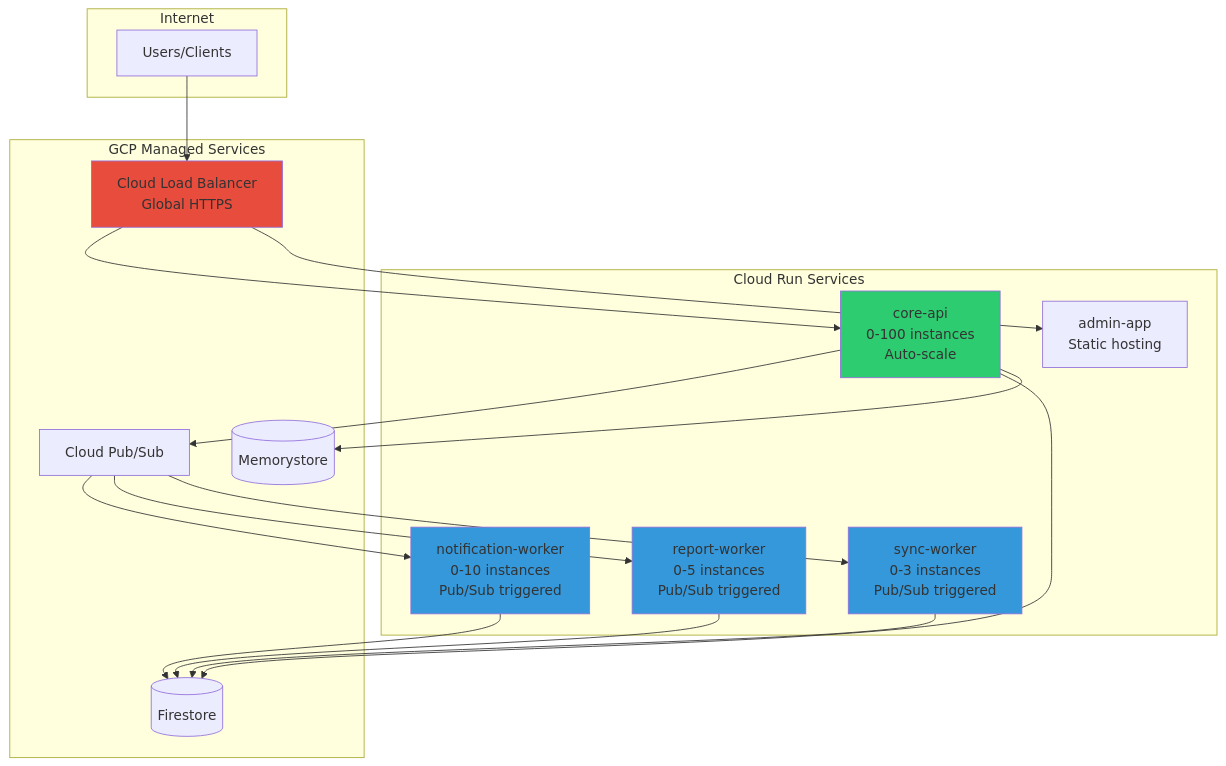
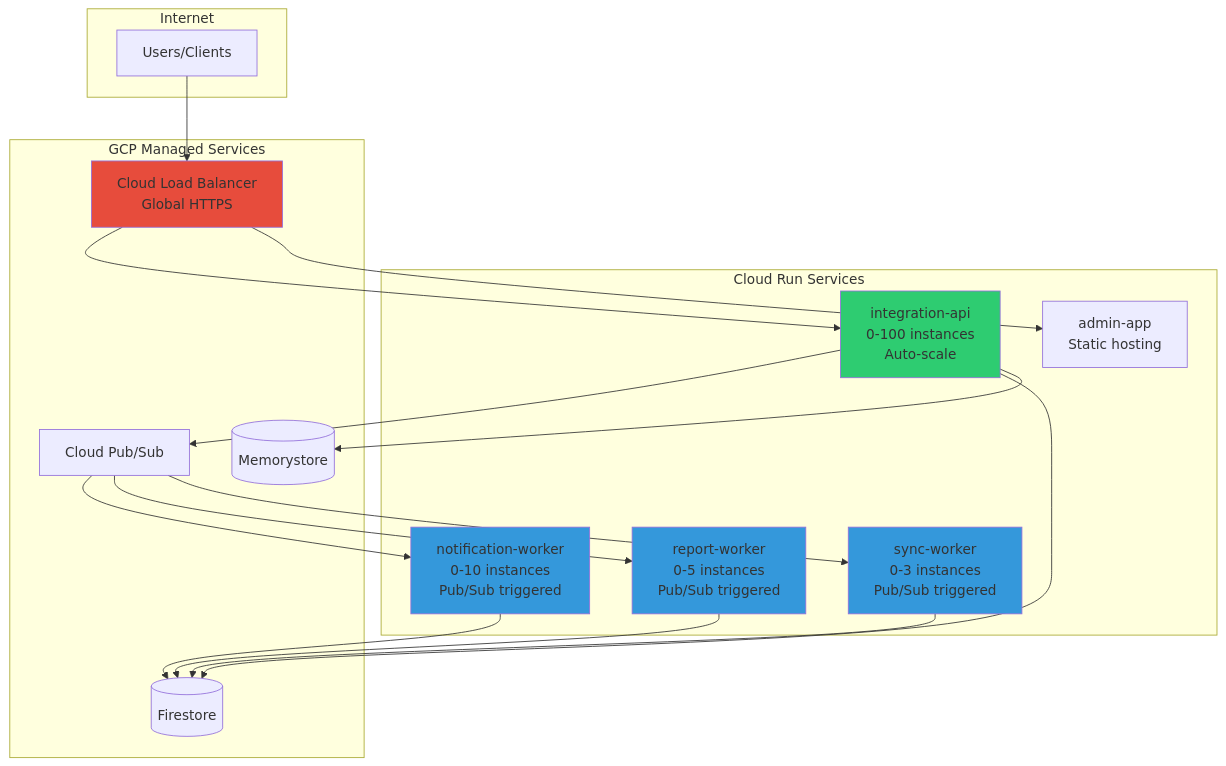
Before and after one commit to developer-implementos/integration-presentations: the third of 4 diagrams in presentations/infrastructure-gcp.md, drawn with Mermaid. The commit also changed other lines of this file and 15 other files, not shown here.

First line of the commit message:
feat: agregar Training Hub y corregir diagramas mermaid

````diff
--- a/presentations/infrastructure-gcp.md
+++ b/presentations/infrastructure-gcp.md
@@ -539,42 +535,42 @@
-```mermaid
+<div class="mermaid">
 graph TB
     subgraph "Internet"
         U[Users/Clients]
     end
 
     subgraph "Cloud Run Services"
-        API[core-api<br/>0-100 instances<br/>Auto-scale]
+        API[integration-api<br/>0-100 instances<br/>Auto-scale]
         ADMIN[admin-app<br/>Static hosting]
         NW[notification-worker<br/>0-10 instances<br/>Pub/Sub triggered]
         RW[report-worker<br/>0-5 instances<br/>Pub/Sub triggered]
         SW[sync-worker<br/>0-3 instances<br/>Pub/Sub triggered]
     end
 
     subgraph "GCP Managed Services"
         LB[Cloud Load Balancer<br/>Global HTTPS]
         PS[Cloud Pub/Sub]
         FS[(Firestore)]
         MS[(Memorystore)]
     end
 
     U --> LB
     LB --> API
     LB --> ADMIN
 
     API --> PS
     PS --> NW
     PS --> RW
     PS --> SW
 
     API --> FS
     API --> MS
     NW --> FS
     RW --> FS
     SW --> FS
 
     style API fill:#2ecc71
     style NW fill:#3498db
     style RW fill:#3498db
     style SW fill:#3498db
     style LB fill:#e74c3c
-```
+</div>
````
